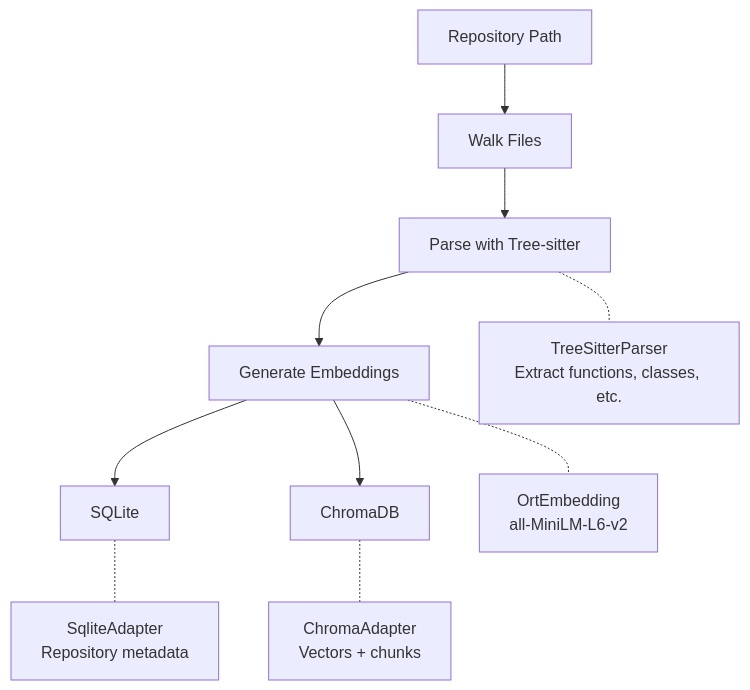
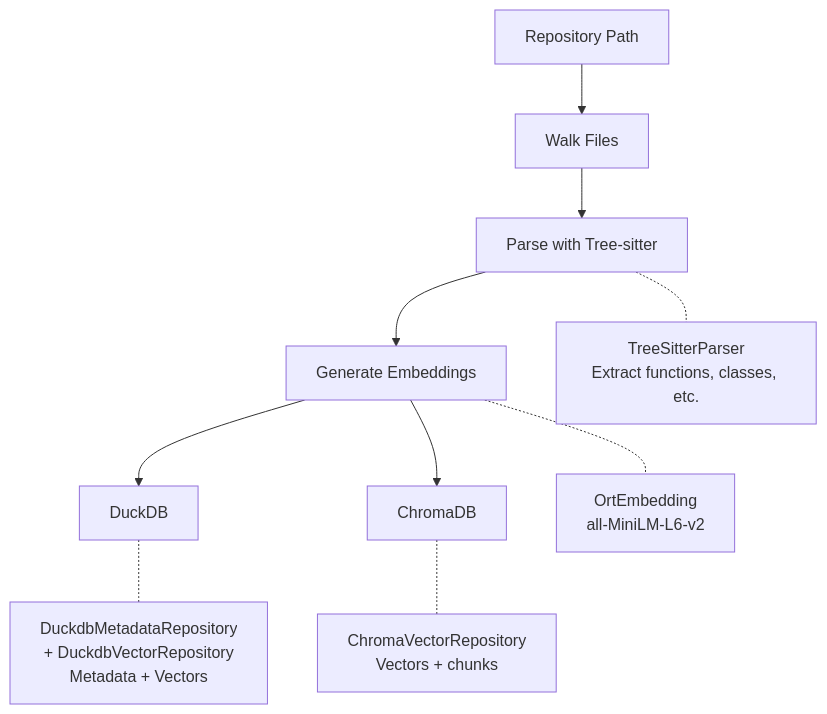
The second of 3 diagrams in docs/architecture/overview.md (ArtemisMucaj/codesearch), drawn with Mermaid before and after one commit. The commit also changed other lines of this file and 20 other files, not shown here.

Commit message:
feat: support duckdb vector store

````diff
--- a/docs/architecture/overview.md
+++ b/docs/architecture/overview.md
@@ -153,13 +156,13 @@
 ```mermaid
 flowchart TB
     A[Repository Path] --> B[Walk Files]
     B --> C[Parse with Tree-sitter]
     C --> D[Generate Embeddings]
-    D --> E[SQLite]
+    D --> E[DuckDB]
     D --> F[ChromaDB]
 
     C -.- C1[TreeSitterParser<br/>Extract functions, classes, etc.]
     D -.- D1[OrtEmbedding<br/>all-MiniLM-L6-v2]
-    E -.- E1[SqliteAdapter<br/>Repository metadata]
-    F -.- F1[ChromaAdapter<br/>Vectors + chunks]
+    E -.- E1[DuckdbMetadataRepository<br/>+ DuckdbVectorRepository<br/>Metadata + Vectors]
+    F -.- F1[ChromaVectorRepository<br/>Vectors + chunks]
 ```
````
